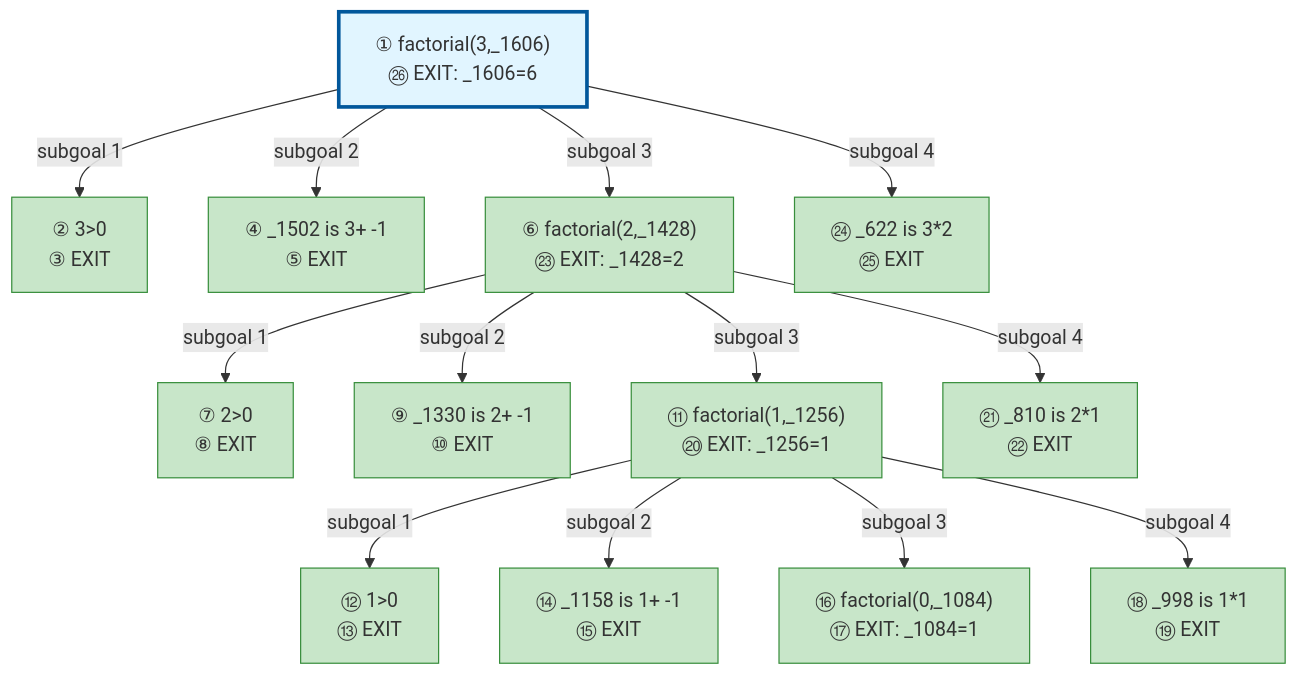
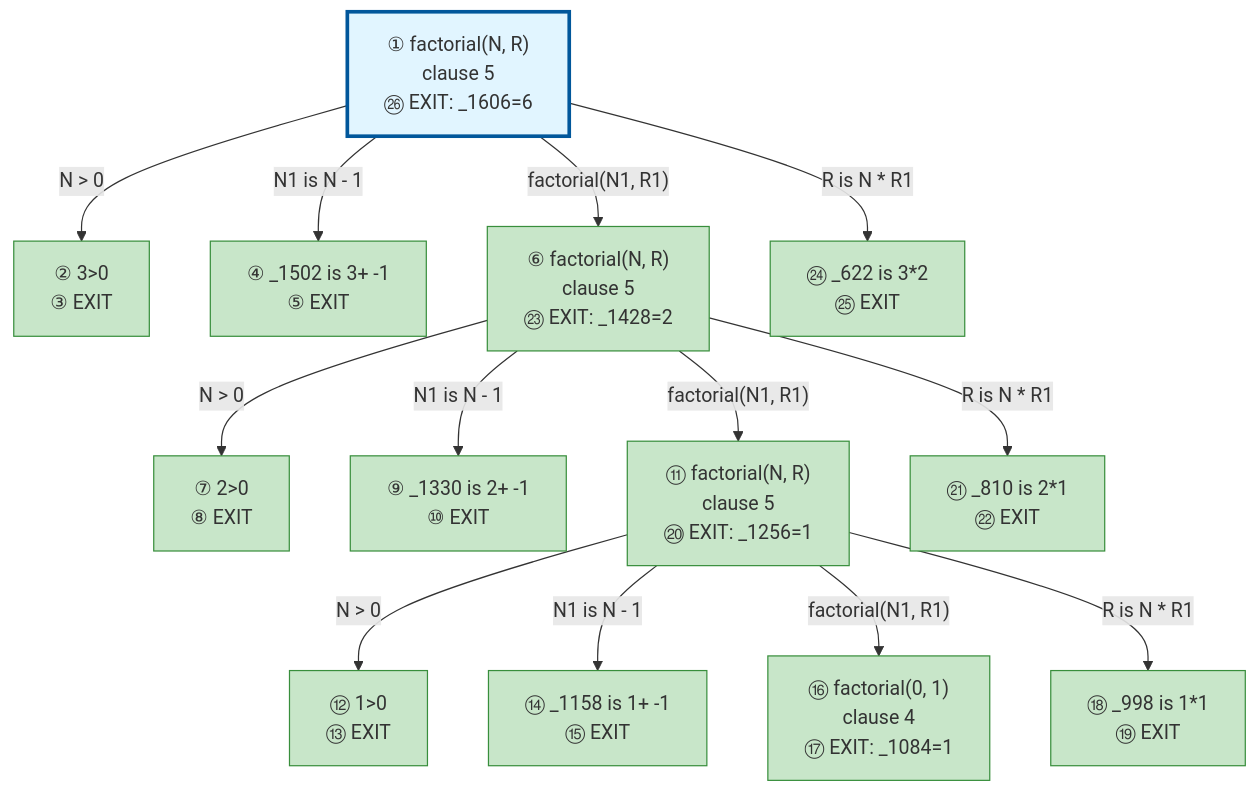
Before and after one commit to jarecsni/prolog-trace-viz: the diagram in examples/factorial-output.md, drawn with Mermaid. The commit also changed 8 other files, not shown here.

````diff
--- a/examples/factorial-output.md
+++ b/examples/factorial-output.md
@@ -198,47 +198,47 @@
 ```mermaid
 graph TD
 
 %% Nodes
-A["① factorial(3,_1606)<br/>㉖ EXIT: _1606=6"]
+A["① factorial(N, R)<br/>clause 5<br/>㉖ EXIT: _1606=6"]
 B["② 3>0<br/>③ EXIT"]
 C["④ _1502 is 3+ -1<br/>⑤ EXIT"]
-D["⑥ factorial(2,_1428)<br/>㉓ EXIT: _1428=2"]
+D["⑥ factorial(N, R)<br/>clause 5<br/>㉓ EXIT: _1428=2"]
 E["⑦ 2>0<br/>⑧ EXIT"]
 F["⑨ _1330 is 2+ -1<br/>⑩ EXIT"]
-G["⑪ factorial(1,_1256)<br/>⑳ EXIT: _1256=1"]
+G["⑪ factorial(N, R)<br/>clause 5<br/>⑳ EXIT: _1256=1"]
 H["⑫ 1>0<br/>⑬ EXIT"]
 I["⑭ _1158 is 1+ -1<br/>⑮ EXIT"]
-J["⑯ factorial(0,_1084)<br/>⑰ EXIT: _1084=1"]
+J["⑯ factorial(0, 1)<br/>clause 4<br/>⑰ EXIT: _1084=1"]
 K["⑱ _998 is 1*1<br/>⑲ EXIT"]
 L["㉑ _810 is 2*1<br/>㉒ EXIT"]
 M["㉔ _622 is 3*2<br/>㉕ EXIT"]
 
 %% Edges
-A -->|"subgoal 1"| B
-A -->|"subgoal 2"| C
-A -->|"subgoal 3"| D
-D -->|"subgoal 1"| E
-D -->|"subgoal 2"| F
-D -->|"subgoal 3"| G
-G -->|"subgoal 1"| H
-G -->|"subgoal 2"| I
-G -->|"subgoal 3"| J
-G -->|"subgoal 4"| K
-D -->|"subgoal 4"| L
-A -->|"subgoal 4"| M
+A -->|"N > 0"| B
+A -->|"N1 is N - 1"| C
+A -->|"factorial(N1, R1)"| D
+D -->|"N > 0"| E
+D -->|"N1 is N - 1"| F
+D -->|"factorial(N1, R1)"| G
+G -->|"N > 0"| H
+G -->|"N1 is N - 1"| I
+G -->|"factorial(N1, R1)"| J
+G -->|"R is N * R1"| K
+D -->|"R is N * R1"| L
+A -->|"R is N * R1"| M
 
 %% Styles
 style A fill:#e1f5ff,stroke:#01579b,stroke-width:3px
 style B fill:#c8e6c9,stroke:#388e3c
 style C fill:#c8e6c9,stroke:#388e3c
 style D fill:#c8e6c9,stroke:#388e3c
 style E fill:#c8e6c9,stroke:#388e3c
 style F fill:#c8e6c9,stroke:#388e3c
 style G fill:#c8e6c9,stroke:#388e3c
 style H fill:#c8e6c9,stroke:#388e3c
 style I fill:#c8e6c9,stroke:#388e3c
 style J fill:#c8e6c9,stroke:#388e3c
 style K fill:#c8e6c9,stroke:#388e3c
 style L fill:#c8e6c9,stroke:#388e3c
 style M fill:#c8e6c9,stroke:#388e3c
 ```
````
